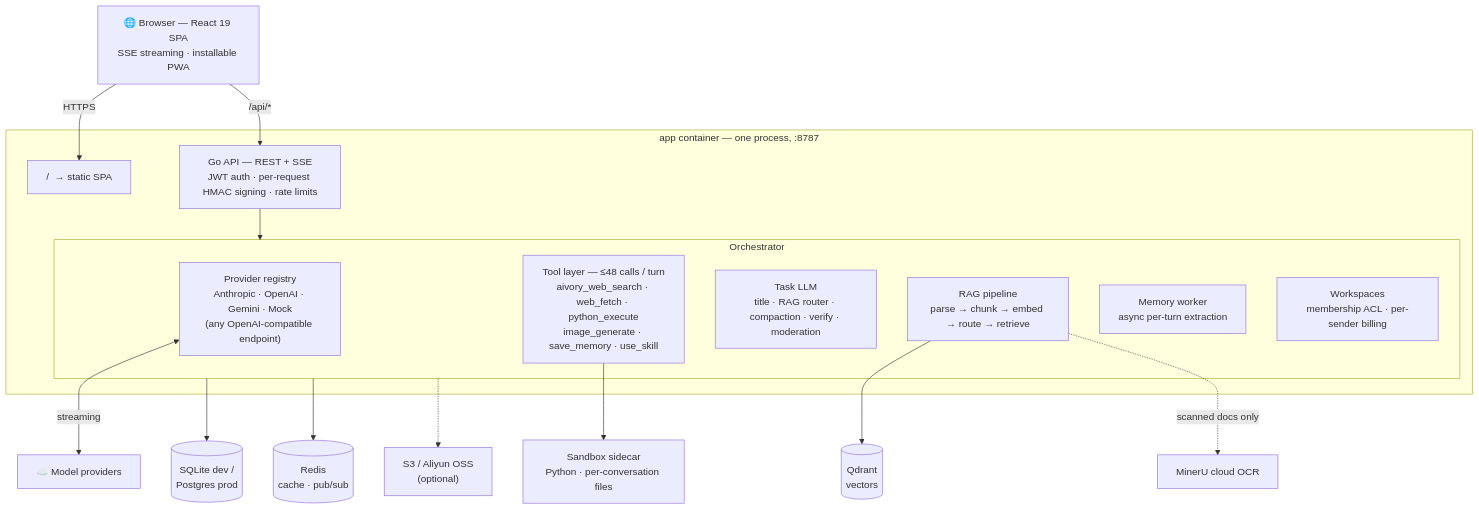
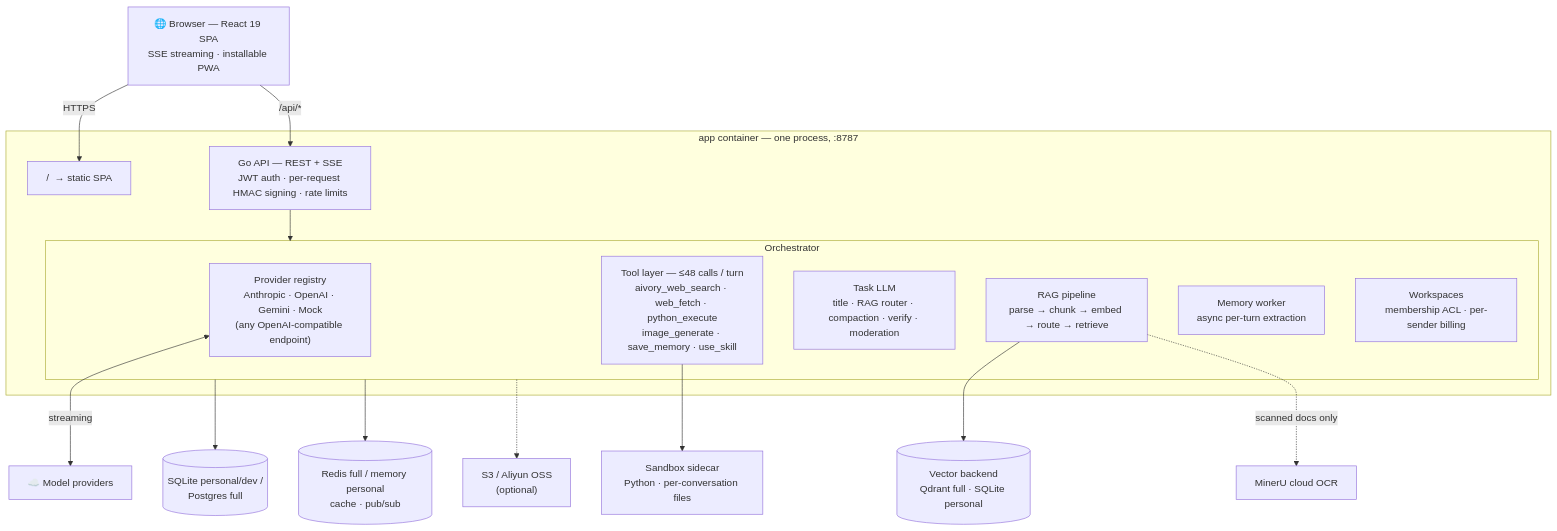
Before and after one commit to hjxwz123/Aivory: the diagram in README.md, drawn with Mermaid. The commit also changed other lines of this file and 34 other files, not shown here.

Commit message:
feat(deploy): add personal SQLite profile

````diff
--- a/README.md
+++ b/README.md
@@ -293,30 +334,30 @@
 ```mermaid
 graph TB
     B["🌐 Browser — React 19 SPA<br/>SSE streaming · installable PWA"]
 
     subgraph APP["app container — one process, :8787"]
         SPA["/ &nbsp;→ static SPA"]
         API["Go API — REST + SSE<br/>JWT auth · per-request HMAC signing · rate limits"]
         subgraph ORCH["Orchestrator"]
             PROV["Provider registry<br/>Anthropic · OpenAI · Gemini · Mock<br/>(any OpenAI-compatible endpoint)"]
             TOOLS["Tool layer — ≤48 calls / turn<br/>aivory_web_search · web_fetch · python_execute<br/>image_generate · save_memory · use_skill"]
             TASK["Task LLM<br/>title · RAG router · compaction · verify · moderation"]
             RAGP["RAG pipeline<br/>parse → chunk → embed → route → retrieve"]
             MEMW["Memory worker<br/>async per-turn extraction"]
             WS["Workspaces<br/>membership ACL · per-sender billing"]
         end
     end
 
     B -->|HTTPS| SPA
     B -->|"/api/*"| API
     API --> ORCH
 
     PROV <-->|streaming| LLM["☁️ Model providers"]
     TOOLS --> SBX["Sandbox sidecar<br/>Python · per-conversation files"]
-    RAGP --> QD[("Qdrant<br/>vectors")]
+    RAGP --> QD[("Vector backend<br/>Qdrant full · SQLite personal")]
     RAGP -.->|"scanned docs only"| MRU["MinerU cloud OCR"]
 
-    ORCH --> DB[("SQLite dev /<br/>Postgres prod")]
-    ORCH --> RDS[("Redis<br/>cache · pub/sub")]
+    ORCH --> DB[("SQLite personal/dev /<br/>Postgres full")]
+    ORCH --> RDS[("Redis full / memory personal<br/>cache · pub/sub")]
     ORCH -.-> OBJ["S3 / Aliyun OSS<br/>(optional)"]
 ```
````
